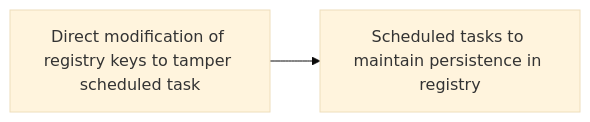
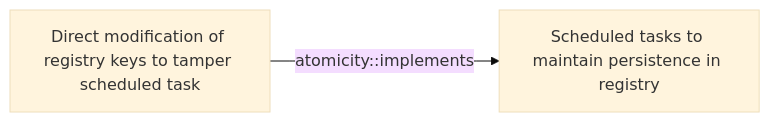
The diagram in docs/threats/direct-modification-of-registry-keys-to-tamper-scheduled-task.md (opentidehq/library), drawn with Mermaid (base theme) before and after one commit. The commit also changed other lines of this file and 277 other files, not shown here.

````diff
--- a/docs/threats/direct-modification-of-registry-keys-to-tamper-scheduled-task.md
+++ b/docs/threats/direct-modification-of-registry-keys-to-tamper-scheduled-task.md
@@ -74,6 +117,6 @@
 ```mermaid
 flowchart LR
 efe13bd7_c621_423b_b226_9b536766a252["Direct modification of registry keys to tamper scheduled task"]
 5e66f826_4c4b_4357_b9c5_2f40da207f34["Scheduled tasks to maintain persistence in registry"]
-efe13bd7_c621_423b_b226_9b536766a252 --> 5e66f826_4c4b_4357_b9c5_2f40da207f34
+efe13bd7_c621_423b_b226_9b536766a252 -->|atomicity::implements| 5e66f826_4c4b_4357_b9c5_2f40da207f34
 ```
````
